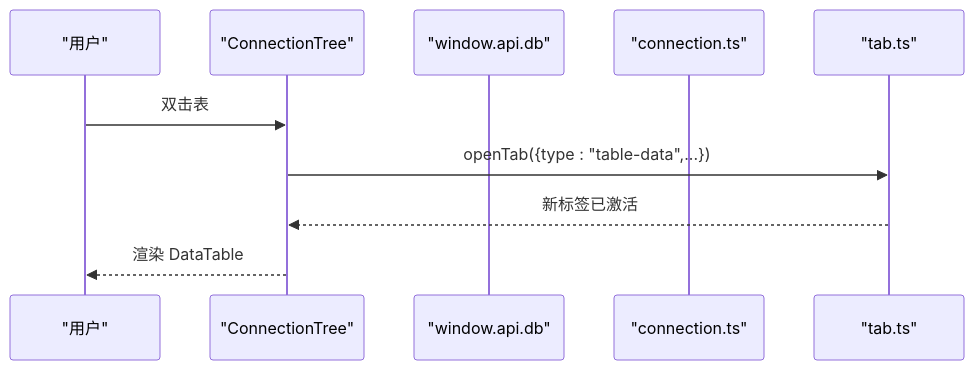
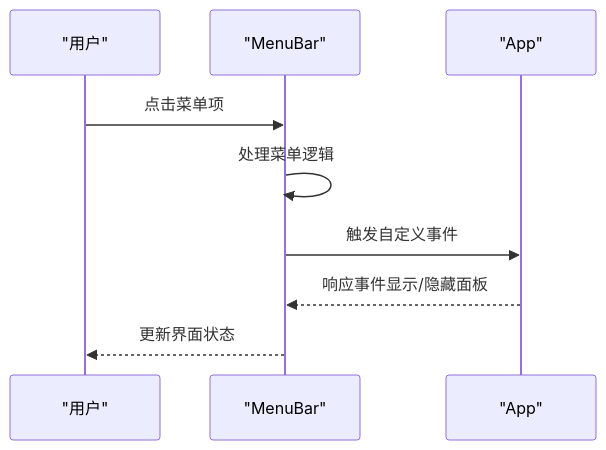
Before and after one commit to wwenbo2048/nexsql: the fourth of 8 diagrams in .qoder/repowiki/zh/content/架构设计/组件系统架构/组件系统架构.md, drawn with Mermaid. The commit also changed other lines of this file and 19 other files, not shown here.

````diff
--- a/.qoder/repowiki/zh/content/架构设计/组件系统架构/组件系统架构.md
+++ b/.qoder/repowiki/zh/content/架构设计/组件系统架构/组件系统架构.md
@@ -275,12 +259,11 @@
 ```mermaid
 sequenceDiagram
 participant U as "用户"
-participant CT as "ConnectionTree"
-participant IPC as "window.api.db"
-participant CS as "connection.ts"
-participant TS as "tab.ts"
-U->>CT : 双击表
-CT->>TS : openTab({type : "table-data",...})
-TS-->>CT : 新标签已激活
-CT-->>U : 渲染 DataTable
+participant MB as "MenuBar"
+participant APP as "App"
+U->>MB : 点击菜单项
+MB->>MB : 处理菜单逻辑
+MB->>APP : 触发自定义事件
+APP-->>MB : 响应事件显示/隐藏面板
+MB-->>U : 更新界面状态
 ```
````
